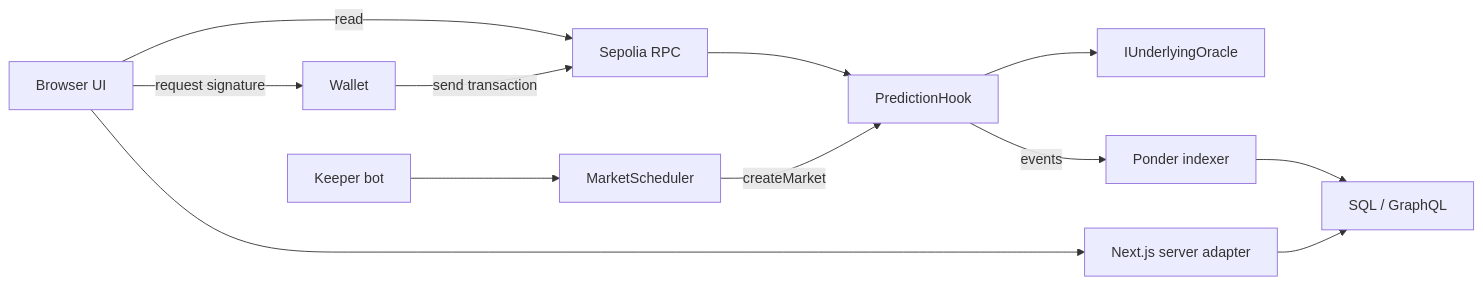
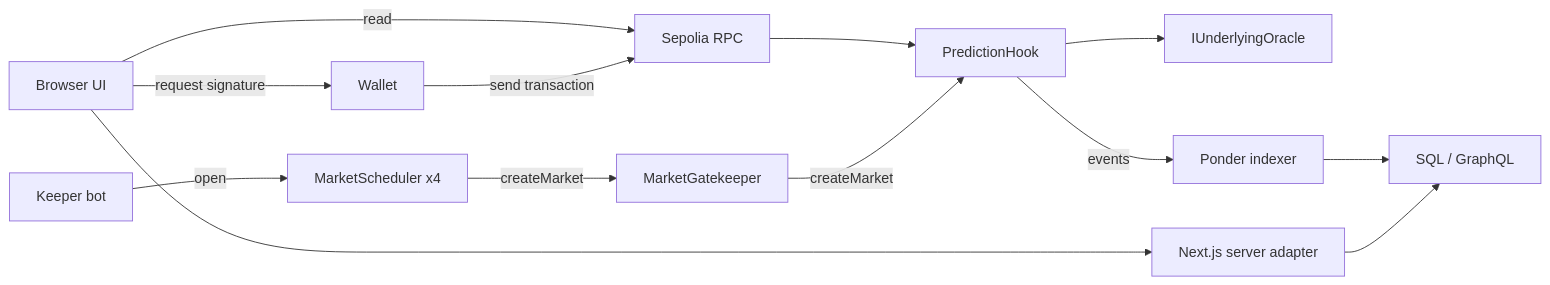
One commit to oynozan/phinary changed the diagram in docs/md/FRONTEND-INTEGRATION.md. Above: the diagram before and after it, drawn with Mermaid. The commit also changed other lines of this file and 30 other files, not shown here.

First line of the commit message:
docs: four market tracks, the gatekeeper, the SOL price source and the vault move

````diff
--- a/docs/md/FRONTEND-INTEGRATION.md
+++ b/docs/md/FRONTEND-INTEGRATION.md
@@ -22,14 +22,15 @@
 ```mermaid
 flowchart LR
   UI[Browser UI] -->|read| RPC[Sepolia RPC]
   UI -->|request signature| Wallet[Wallet]
   Wallet -->|send transaction| RPC
   RPC --> Hook[PredictionHook]
   Hook --> Oracle[IUnderlyingOracle]
-  Keeper[Keeper bot] --> Scheduler[MarketScheduler]
-  Scheduler -->|createMarket| Hook
+  Keeper[Keeper bot] -->|open| Scheduler[MarketScheduler x4]
+  Scheduler -->|createMarket| Gatekeeper[MarketGatekeeper]
+  Gatekeeper -->|createMarket| Hook
   Hook -->|events| Indexer[Ponder indexer]
   Indexer --> API[SQL / GraphQL]
   UI --> Web[Next.js server adapter]
   Web --> API
 ```
````
